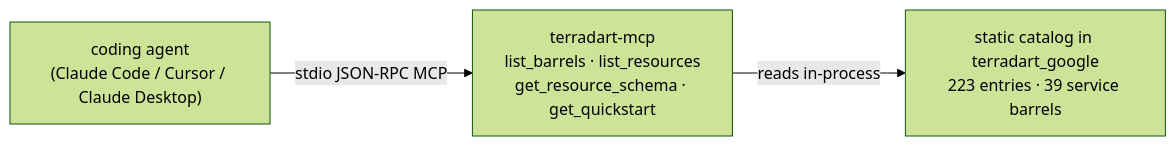
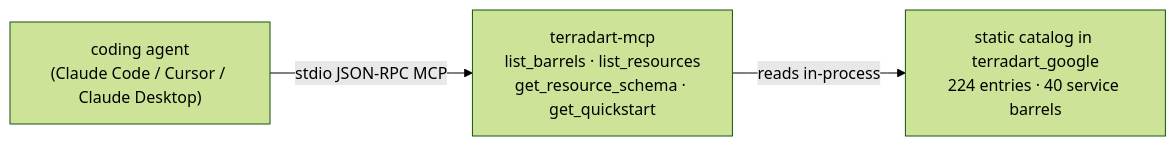
Before and after one commit to nozomi-koborinai/terradart: the diagram in website/src/content/docs/docs/agent/index.md, drawn with Mermaid (forest theme). The commit also changed other lines of this file and 26 other files, not shown here.

````diff
--- a/website/src/content/docs/docs/agent/index.md
+++ b/website/src/content/docs/docs/agent/index.md
@@ -12,8 +12,8 @@
 ```mermaid
 graph LR
   agent["coding agent<br/>(Claude Code / Cursor / Claude Desktop)"]
   mcp["terradart-mcp<br/>list_barrels · list_resources<br/>get_resource_schema · get_quickstart"]
-  catalog["static catalog in terradart_google<br/>223 entries · 39 service barrels"]
+  catalog["static catalog in terradart_google<br/>224 entries · 40 service barrels"]
   agent -->|stdio JSON-RPC MCP| mcp
   mcp -->|reads in-process| catalog
 ```
````
